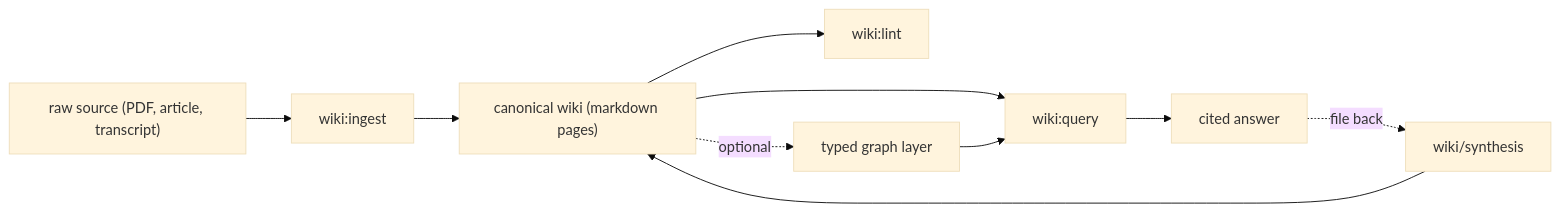
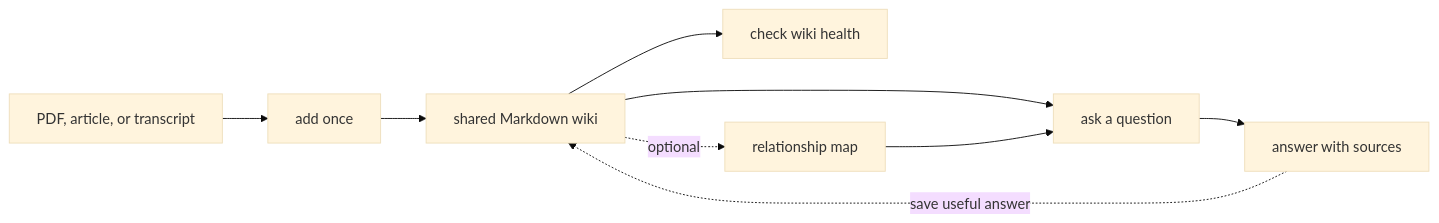
Before and after one commit to praneybehl/llm-wiki-plugin: the diagram in docs/index.md, drawn with Mermaid (base theme). The commit also changed other lines of this file and 3 other files, not shown here.

````diff
--- a/docs/index.md
+++ b/docs/index.md
@@ -25,12 +41,11 @@
 ```mermaid
 flowchart LR
-  raw["raw source (PDF, article, transcript)"] --> ingest["wiki:ingest"]
-  ingest --> wiki["canonical wiki (markdown pages)"]
-  wiki --> query["wiki:query"]
-  wiki --> lint["wiki:lint"]
-  query --> answer["cited answer"]
-  answer -. file back .-> synth["wiki/synthesis"]
-  synth --> wiki
-  wiki -. optional .-> gnode["typed graph layer"]
-  gnode --> query
+  raw["PDF, article, or transcript"] --> ingest["add once"]
+  ingest --> wiki["shared Markdown wiki"]
+  wiki --> query["ask a question"]
+  wiki --> lint["check wiki health"]
+  query --> answer["answer with sources"]
+  answer -. save useful answer .-> wiki
+  wiki -. optional .-> relmap["relationship map"]
+  relmap --> query
 ```
````
